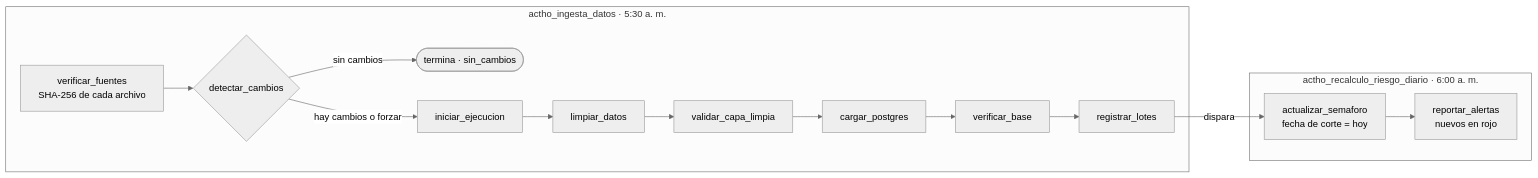
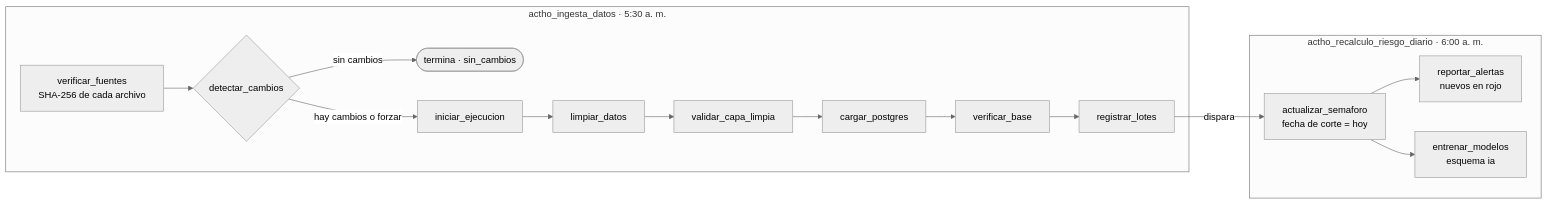
Before and after one commit to luu1003/Solucion-bootcamp-analisis-de-datos: the seventh of 8 diagrams in README.md, drawn with Mermaid (neutral theme). The commit also changed other lines of this file and 18 other files, not shown here.

````diff
--- a/README.md
+++ b/README.md
@@ -983,14 +987,15 @@
 ```mermaid
 flowchart LR
     subgraph ING[actho_ingesta_datos · 5:30 a. m.]
         A[verificar_fuentes<br/>SHA-256 de cada archivo] --> B{detectar_cambios}
         B -- sin cambios --> Z([termina · sin_cambios])
         B -- hay cambios o forzar --> C[iniciar_ejecucion]
         C --> D[limpiar_datos] --> E[validar_capa_limpia] --> F[cargar_postgres]
         F --> G[verificar_base] --> H[registrar_lotes]
     end
     subgraph RSG[actho_recalculo_riesgo_diario · 6:00 a. m.]
         I[actualizar_semaforo<br/>fecha de corte = hoy] --> J[reportar_alertas<br/>nuevos en rojo]
+        I --> K[entrenar_modelos<br/>esquema ia]
     end
     H -- dispara --> I
 ```
````
